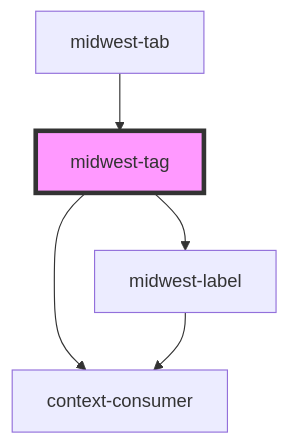
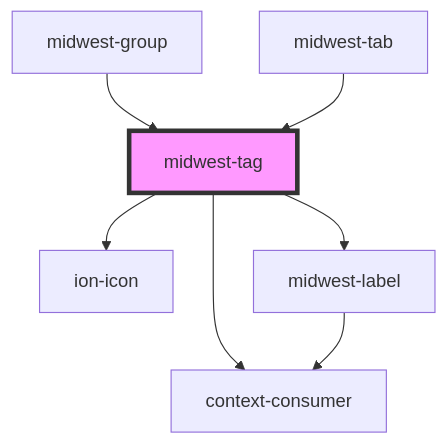
The diagram in packages/core/docs/components/common/tag/readme.md (splitinfinities/Midwest), drawn with Mermaid before and after one commit. The commit also changed other lines of this file and 388 other files, not shown here.

````diff
--- a/packages/core/docs/components/common/tag/readme.md
+++ b/packages/core/docs/components/common/tag/readme.md
@@ -79,8 +81,10 @@
 ```mermaid
 graph TD;
+  midwest-tag --> ion-icon
   midwest-tag --> midwest-label
   midwest-tag --> context-consumer
   midwest-label --> context-consumer
+  midwest-group --> midwest-tag
   midwest-tab --> midwest-tag
   style midwest-tag fill:#f9f,stroke:#333,stroke-width:4px
 ```
````
